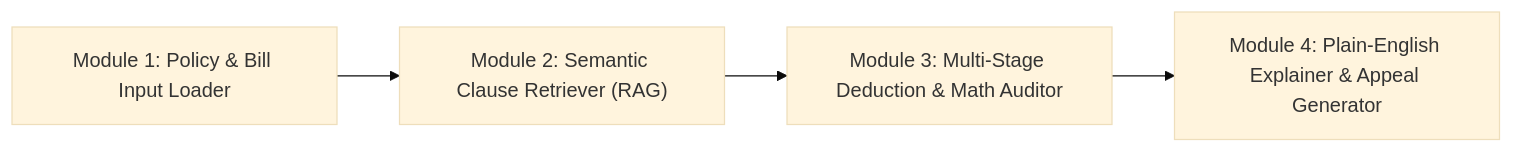
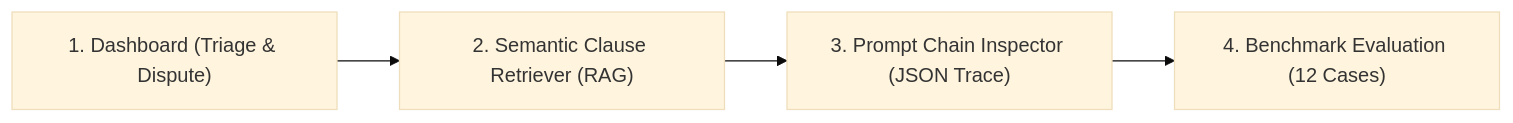
One commit to aagam2909/DocuClaim-PromptCraft changed the diagram in README.md. Above: the diagram before and after it, drawn with Mermaid (base theme). The commit also changed other lines of this file and 12 other files, not shown here.

````diff
--- a/README.md
+++ b/README.md
@@ -25,6 +25,6 @@
 ```mermaid
 flowchart LR
-    M1["Module 1: Policy & Bill Input Loader"] --> M2["Module 2: Semantic Clause Retriever (RAG)"]
-    M2 --> M3["Module 3: Multi-Stage Deduction & Math Auditor"]
-    M3 --> M4["Module 4: Plain-English Explainer & Appeal Generator"]
+    V1["1. Dashboard (Triage & Dispute)"] --> V2["2. Semantic Clause Retriever (RAG)"]
+    V2 --> V3["3. Prompt Chain Inspector (JSON Trace)"]
+    V3 --> V4["4. Benchmark Evaluation (12 Cases)"]
 ```
````
